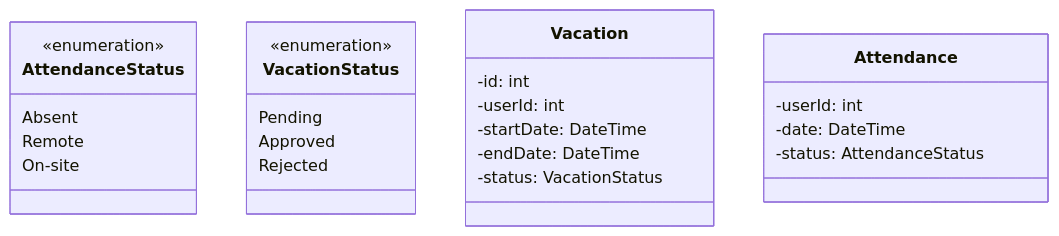
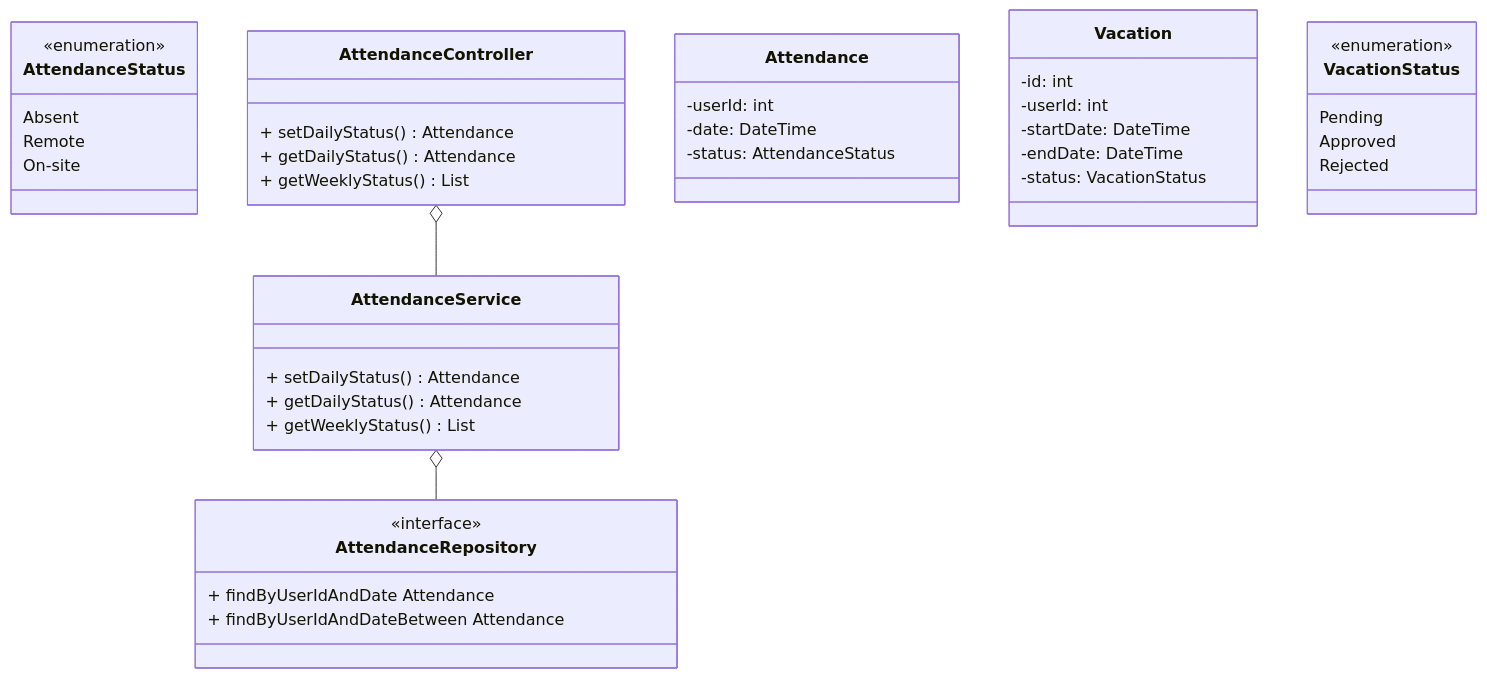
One commit to wrak-fra5-belbasalla7mar/.github changed the seventh of 10 diagrams in profile/README.md. Above: the diagram before and after it, drawn with Mermaid.

````diff
--- a/profile/README.md
+++ b/profile/README.md
@@ -323,30 +323,47 @@
 ```mermaid
 classDiagram
 class AttendanceStatus{
 <<enumeration>>
 Absent
 Remote
 On-site
 }
+class AttendanceService{
++ setDailyStatus() Attendance
++ getDailyStatus() Attendance
++ getWeeklyStatus() List<Attendance>
+}
+class AttendanceController{
++ setDailyStatus () Attendance
++ getDailyStatus () Attendance
++ getWeeklyStatus() List<Attendance>
+}
+class AttendanceRepository{
+<<interface>>
++ findByUserIdAndDate Attendance
++ findByUserIdAndDateBetween Attendance
+}
 
-class VacationStatus{
-<<enumeration>>
-Pending
-Approved
-Rejected 
+class Attendance{
+-userId: int
+-date: DateTime
+-status: AttendanceStatus 
 }
+
 class Vacation{
 -id: int
 -userId: int
 -startDate: DateTime
 -endDate: DateTime
 -status: VacationStatus
 }
-class Attendance{
--userId: int
--date: DateTime
--status: AttendanceStatus 
+class VacationStatus{
+<<enumeration>>
+Pending
+Approved
+Rejected 
 }
-
+AttendanceController o-- AttendanceService
+AttendanceService o-- AttendanceRepository
 
 ```
````
